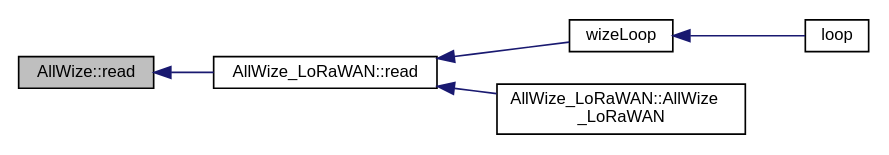
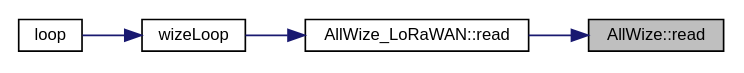
One commit to AllWize/allwize changed the diagram in docs/classAllWize_a241b1e78848ba29d8ed34a1747531f84_icgraph.dot. Above: the diagram before and after it, drawn with Graphviz. The commit also changed 1467 other files, not shown here.

```diff
--- a/docs/classAllWize_a241b1e78848ba29d8ed34a1747531f84_icgraph.dot
+++ b/docs/classAllWize_a241b1e78848ba29d8ed34a1747531f84_icgraph.dot
@@ -1,15 +1,14 @@
 digraph "AllWize::read"
 {
+ // LATEX_PDF_SIZE
   edge [fontname="Helvetica",fontsize="10",labelfontname="Helvetica",labelfontsize="10"];
   node [fontname="Helvetica",fontsize="10",shape=record];
-  rankdir="LR";
-  Node1203 [label="AllWize::read",height=0.2,width=0.4,color="black", fillcolor="grey75", style="filled", fontcolor="black"];
-  Node1203 -> Node1204 [dir="back",color="midnightblue",fontsize="10",style="solid",fontname="Helvetica"];
-  Node1204 [label="AllWize_LoRaWAN::read",height=0.2,width=0.4,color="black", fillcolor="white", style="filled",URL="$classAllWize__LoRaWAN.html#aa4c26ec51ccaac634ffbc5363f811469",tooltip="Returns latest received message (rebuilds LoRaWan header if necessary) "];
-  Node1204 -> Node1205 [dir="back",color="midnightblue",fontsize="10",style="solid",fontname="Helvetica"];
-  Node1205 [label="wizeLoop",height=0.2,width=0.4,color="black", fillcolor="white", style="filled",URL="$wize_8h.html#af9253c855c25f3da04c29b2dbcda1ebd"];
-  Node1205 -> Node1206 [dir="back",color="midnightblue",fontsize="10",style="solid",fontname="Helvetica"];
-  Node1206 [label="loop",height=0.2,width=0.4,color="black", fillcolor="white", style="filled",URL="$main_8cpp.html#afe461d27b9c48d5921c00d521181f12f"];
-  Node1204 -> Node1207 [dir="back",color="midnightblue",fontsize="10",style="solid",fontname="Helvetica"];
-  Node1207 [label="AllWize_LoRaWAN::AllWize\l_LoRaWAN",height=0.2,width=0.4,color="black", fillcolor="white", style="filled",URL="$classAllWize__LoRaWAN.html#ac5b05857f081334c65f538e1625af1fc"];
+  rankdir="RL";
+  Node1 [label="AllWize::read",height=0.2,width=0.4,color="black", fillcolor="grey75", style="filled", fontcolor="black",tooltip="Returns latest received message."];
+  Node1 -> Node2 [dir="back",color="midnightblue",fontsize="10",style="solid",fontname="Helvetica"];
+  Node2 [label="AllWize_LoRaWAN::read",height=0.2,width=0.4,color="black", fillcolor="white", style="filled",URL="$classAllWize__LoRaWAN.html#aa4c26ec51ccaac634ffbc5363f811469",tooltip="Returns latest received message (rebuilds LoRaWan header if necessary)"];
+  Node2 -> Node3 [dir="back",color="midnightblue",fontsize="10",style="solid",fontname="Helvetica"];
+  Node3 [label="wizeLoop",height=0.2,width=0.4,color="black", fillcolor="white", style="filled",URL="$wize_8h.html#af9253c855c25f3da04c29b2dbcda1ebd",tooltip=" "];
+  Node3 -> Node4 [dir="back",color="midnightblue",fontsize="10",style="solid",fontname="Helvetica"];
+  Node4 [label="loop",height=0.2,width=0.4,color="black", fillcolor="white", style="filled",URL="$main_8cpp.html#afe461d27b9c48d5921c00d521181f12f",tooltip=" "];
 }
```
